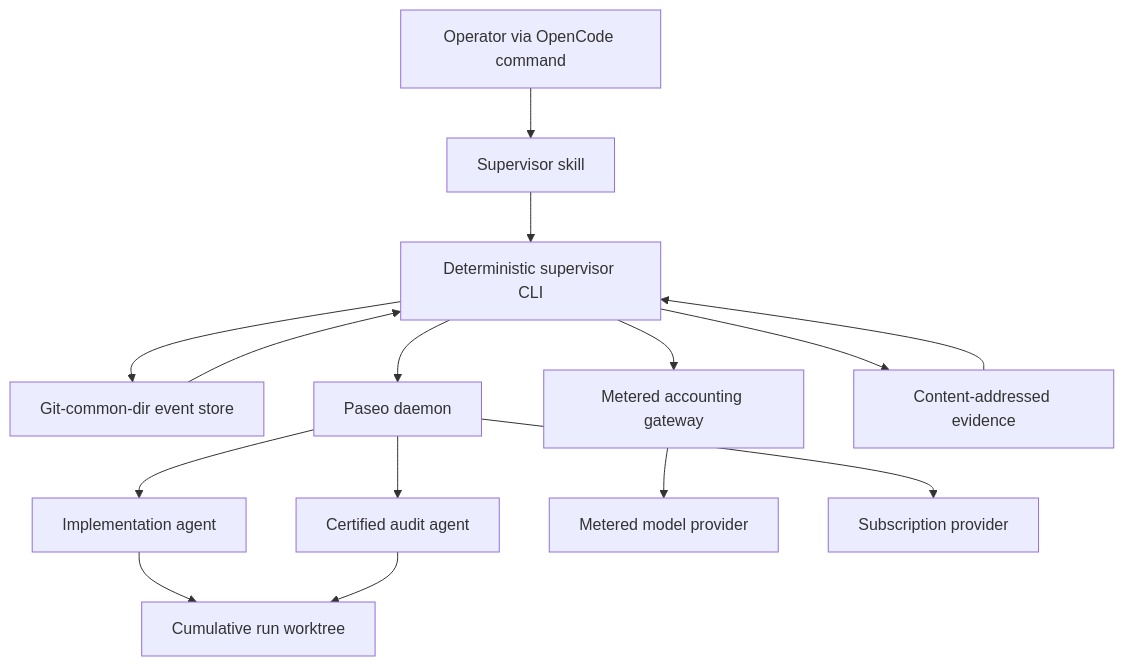
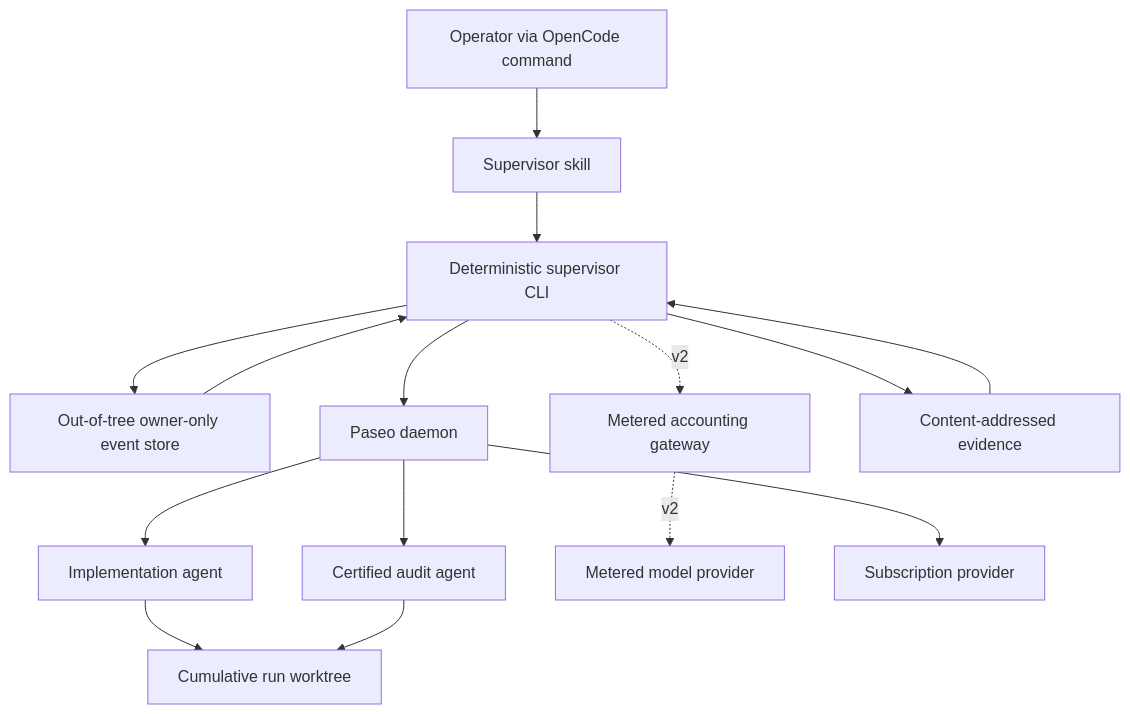
Before and after one commit to ryannmicua/heypogi: the second of 2 diagrams in docs/plans/2026-07-28-001-feat-paseo-plan-execution-supervisor-plan.md, drawn with Mermaid. The commit also changed other lines of this file and 2 other files, not shown here.

````diff
--- a/docs/plans/2026-07-28-001-feat-paseo-plan-execution-supervisor-plan.md
+++ b/docs/plans/2026-07-28-001-feat-paseo-plan-execution-supervisor-plan.md
@@ -370,17 +373,17 @@
 ```mermaid
 flowchart TB
   Operator[Operator via OpenCode command] --> Skill[Supervisor skill]
   Skill --> CLI[Deterministic supervisor CLI]
-  CLI --> Store[Git-common-dir event store]
+  CLI --> Store[Out-of-tree owner-only event store]
   CLI --> Paseo[Paseo daemon]
   Paseo --> Impl[Implementation agent]
   Paseo --> Audit[Certified audit agent]
   Impl --> Worktree[Cumulative run worktree]
   Audit --> Worktree
-  CLI --> Gateway[Metered accounting gateway]
-  Gateway --> Metered[Metered model provider]
+  CLI -. v2 .-> Gateway[Metered accounting gateway]
+  Gateway -. v2 .-> Metered[Metered model provider]
   Paseo --> Subscription[Subscription provider]
   CLI --> Evidence[Content-addressed evidence]
   Store --> CLI
   Evidence --> CLI
 ```
````
